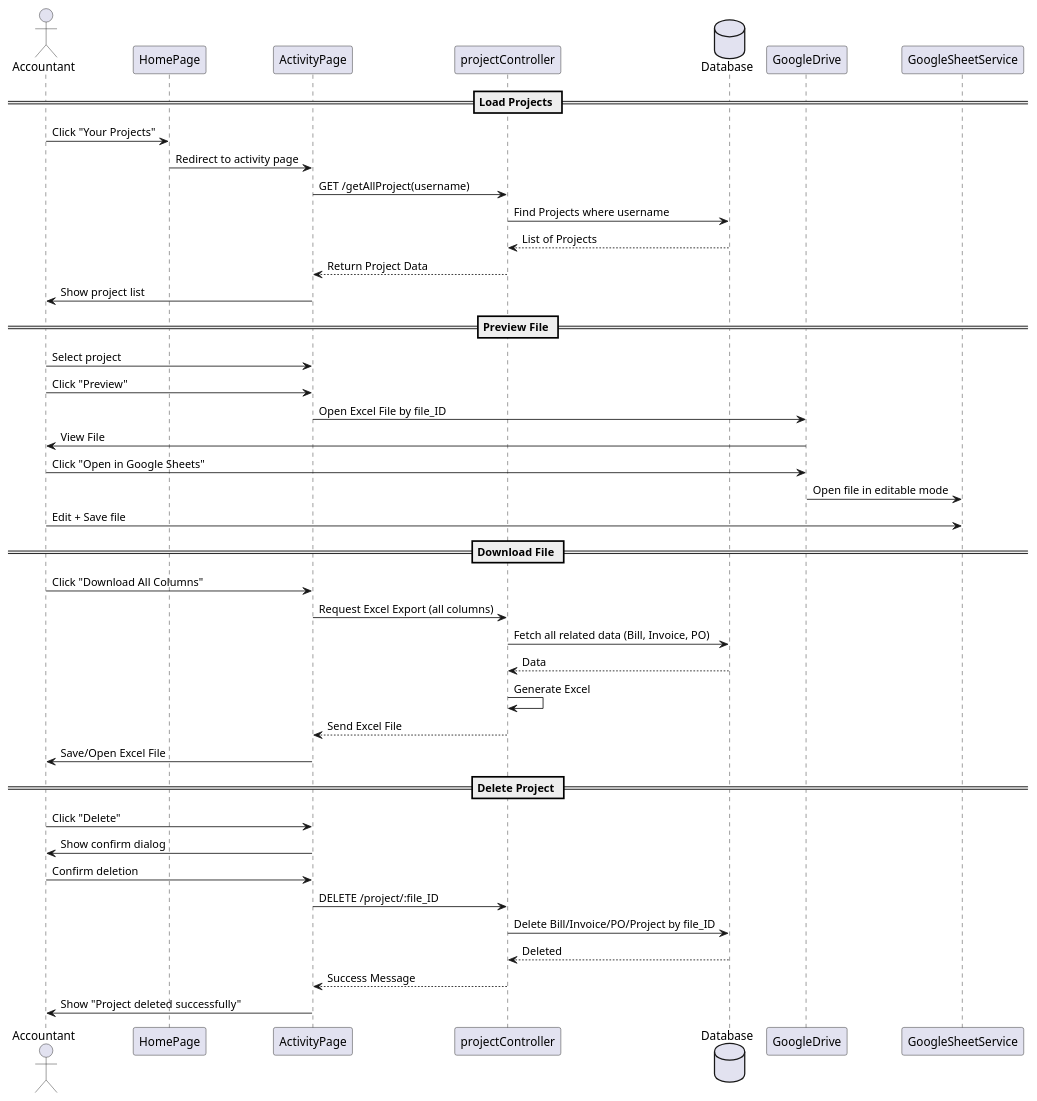
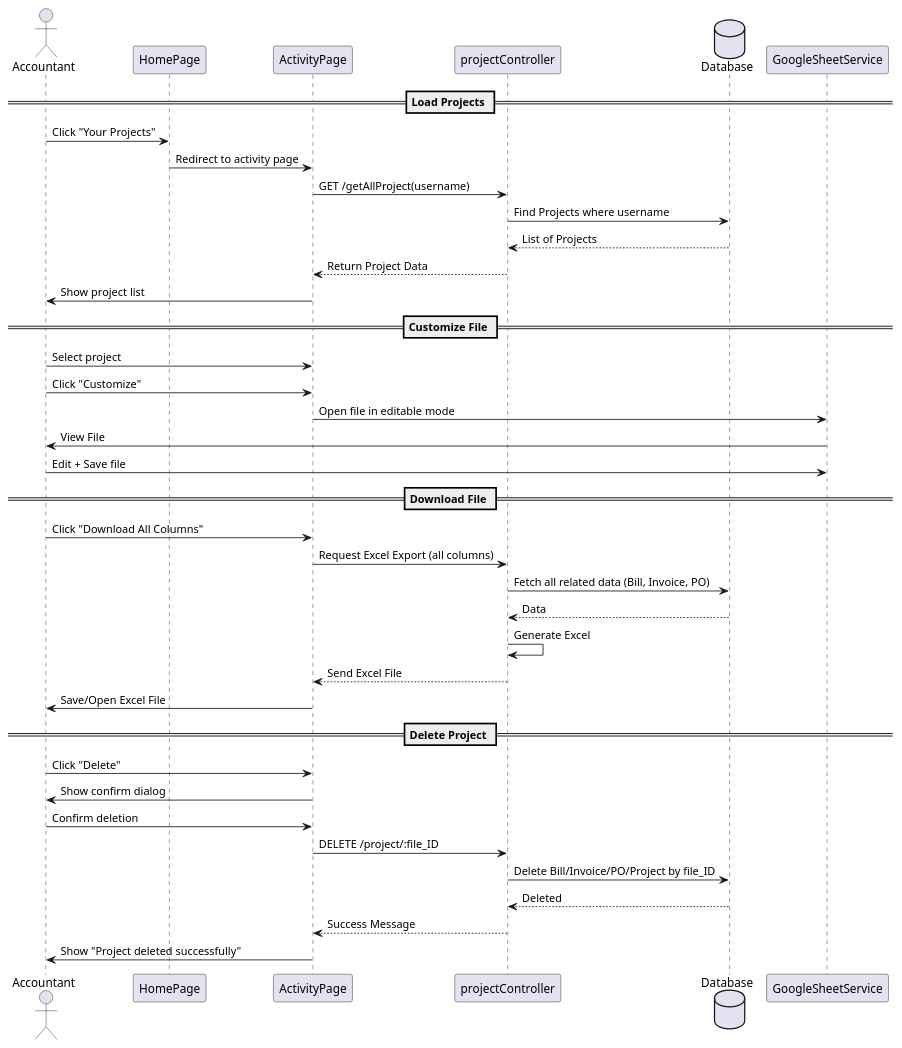
One commit to jmaepraendith/PaperlessWebProject changed the diagram in diagram/sq-uc3.puml. Above: the diagram before and after it, drawn with PlantUML. The commit also changed 12 other files, not shown here.

Commit message:
Show choosen images and show values of each column and append to exist file if logged in and customize get all column and show preview before download

```diff
--- a/diagram/sq-uc3.puml
+++ b/diagram/sq-uc3.puml
@@ -1,47 +1,44 @@
 @startuml
 actor Accountant
 participant HomePage
 participant ActivityPage
 participant projectController
 database Database
-participant GoogleDrive
 participant GoogleSheetService
 
 == Load Projects ==
 Accountant -> HomePage : Click "Your Projects"
 HomePage -> ActivityPage : Redirect to activity page
 ActivityPage -> projectController : GET /getAllProject(username)
 projectController -> Database : Find Projects where username
 Database --> projectController : List of Projects
 projectController --> ActivityPage : Return Project Data
 ActivityPage -> Accountant : Show project list
 
-== Preview File ==
+== Customize File ==
 Accountant -> ActivityPage : Select project
-Accountant -> ActivityPage : Click "Preview"
-ActivityPage -> GoogleDrive : Open Excel File by file_ID
-GoogleDrive -> Accountant : View File
+Accountant -> ActivityPage : Click "Customize"
+ActivityPage -> GoogleSheetService : Open file in editable mode
+GoogleSheetService -> Accountant : View File
 
-Accountant -> GoogleDrive : Click "Open in Google Sheets"
-GoogleDrive -> GoogleSheetService : Open file in editable mode
 Accountant -> GoogleSheetService : Edit + Save file
 
 == Download File ==
 Accountant -> ActivityPage : Click "Download All Columns"
 ActivityPage -> projectController : Request Excel Export (all columns)
 projectController -> Database : Fetch all related data (Bill, Invoice, PO)
 Database --> projectController : Data
 projectController -> projectController : Generate Excel
 projectController --> ActivityPage : Send Excel File
 ActivityPage -> Accountant : Save/Open Excel File
 
 == Delete Project ==
 Accountant -> ActivityPage : Click "Delete"
 ActivityPage -> Accountant : Show confirm dialog
 Accountant -> ActivityPage : Confirm deletion
 ActivityPage -> projectController : DELETE /project/:file_ID
 projectController -> Database : Delete Bill/Invoice/PO/Project by file_ID
 Database --> projectController : Deleted
 projectController --> ActivityPage : Success Message
 ActivityPage -> Accountant : Show "Project deleted successfully"
 @enduml
```
